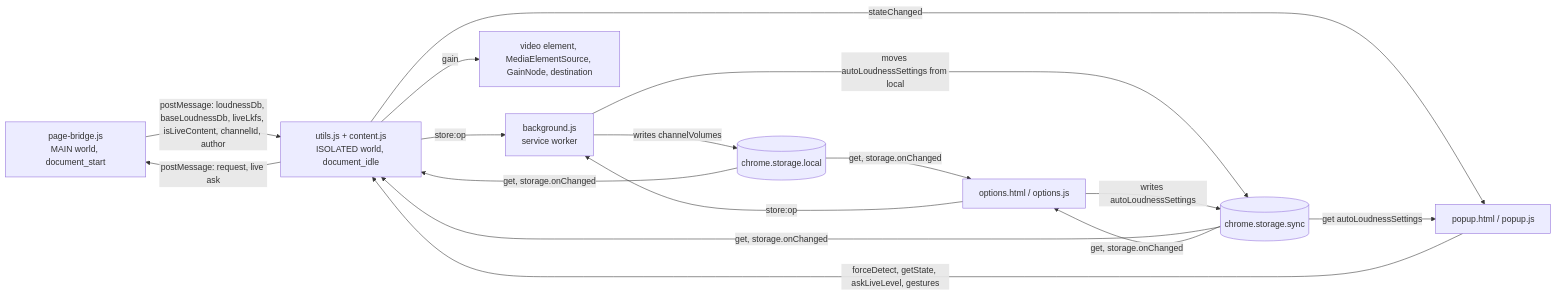
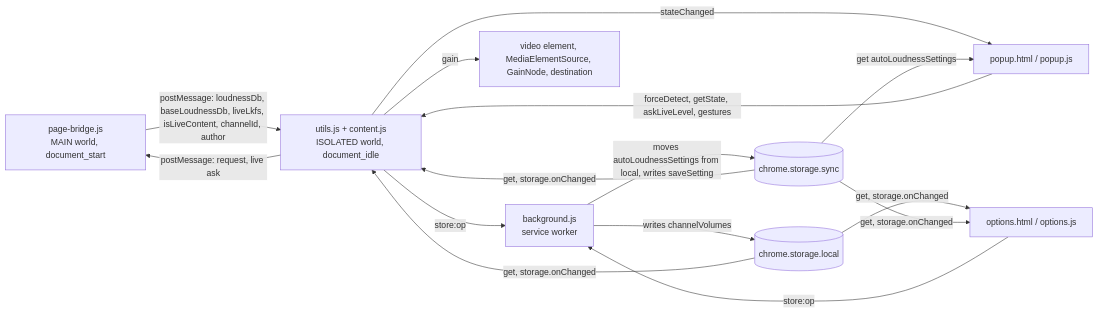
Before and after one commit to semnil/yt-channel-volume: the diagram in CLAUDE.md, drawn with Mermaid. The commit also changed other lines of this file and 5 other files, not shown here.

First line of the commit message:
fix: queue the options page's settings saves with the move

````diff
--- a/CLAUDE.md
+++ b/CLAUDE.md
@@ -10,27 +10,26 @@
 ```mermaid
 flowchart LR
   bridge["page-bridge.js<br>MAIN world, document_start"]
   content["utils.js + content.js<br>ISOLATED world, document_idle"]
   bg["background.js<br>service worker"]
   popup["popup.html / popup.js"]
   options["options.html / options.js"]
   store[("chrome.storage.local")]
   sync[("chrome.storage.sync")]
   audio["video element, MediaElementSource, GainNode, destination"]
 
   bridge -- "postMessage: loudnessDb, baseLoudnessDb, liveLkfs, isLiveContent, channelId, author" --> content
   content -- "postMessage: request, live ask" --> bridge
   popup -- "forceDetect, getState, askLiveLevel, gestures" --> content
   content -- "stateChanged" --> popup
   content -- "store:op" --> bg
   options -- "store:op" --> bg
   bg -- "writes channelVolumes" --> store
-  bg -- "moves autoLoudnessSettings from local" --> sync
-  options -- "writes autoLoudnessSettings" --> sync
+  bg -- "moves autoLoudnessSettings from local, writes saveSetting" --> sync
   store -- "get, storage.onChanged" --> content
   store -- "get, storage.onChanged" --> options
   sync -- "get, storage.onChanged" --> content
   sync -- "get, storage.onChanged" --> options
   sync -- "get autoLoudnessSettings" --> popup
   content -- "gain" --> audio
 ```
````
